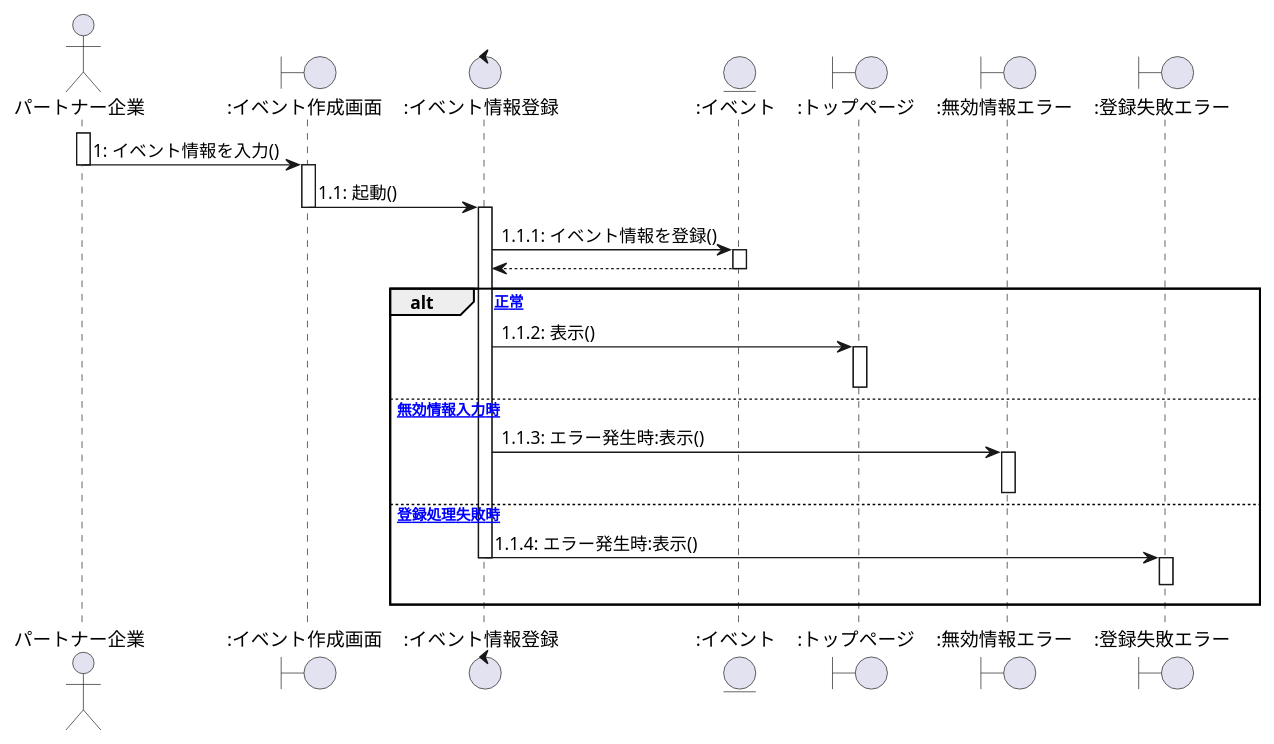
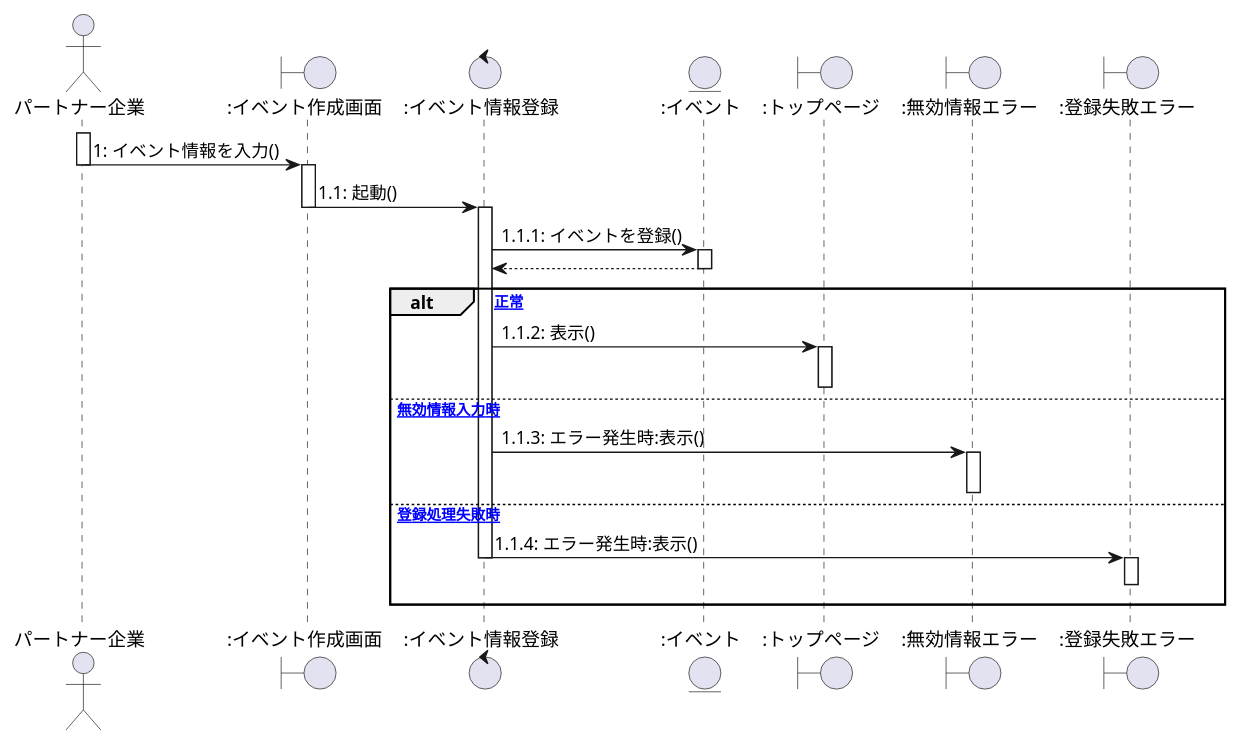
The fifth of 10 diagrams in client_sequence.plantuml (ksw2270227/GroupF), drawn with PlantUML before and after one commit. The commit also changed other lines of this file and 2 other files, not shown here.

```diff
--- a/client_sequence.plantuml
+++ b/client_sequence.plantuml
@@ -208,42 +208,42 @@
 @startuml イベント作成
 
 actor パートナー企業 as 0
 Boundary ":イベント作成画面" as a
 Control ":イベント情報登録" as b
 Entity ":イベント" as c
 Boundary ":トップページ" as d
 Boundary ":無効情報エラー" as f
 Boundary ":登録失敗エラー" as e
 
 
 activate 0
     0 -> a :1: イベント情報を入力()
 deactivate 0
 
 activate a
     a -> b :1.1: 起動()
 deactivate a
 
 activate b
-    b -> c :1.1.1: イベント情報を登録()
+    b -> c :1.1.1: イベントを登録()
 activate c
     b <-- c
 deactivate c
 
 alt [正常]
     b -> d :1.1.2: 表示()
 activate d
 deactivate d
 else [無効情報入力時]
     b -> f :1.1.3: エラー発生時:表示()
 activate f
 deactivate f
 else [登録処理失敗時]
     b -> e :1.1.4: エラー発生時:表示()
 deactivate b
 activate e
 e -[hidden]-> e
 deactivate e
 end
 
 @enduml
```
